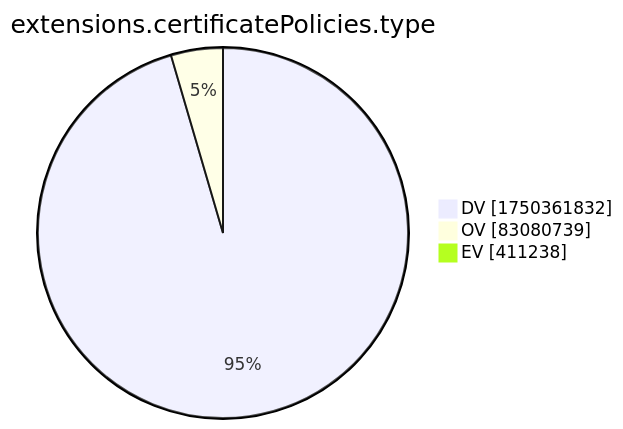
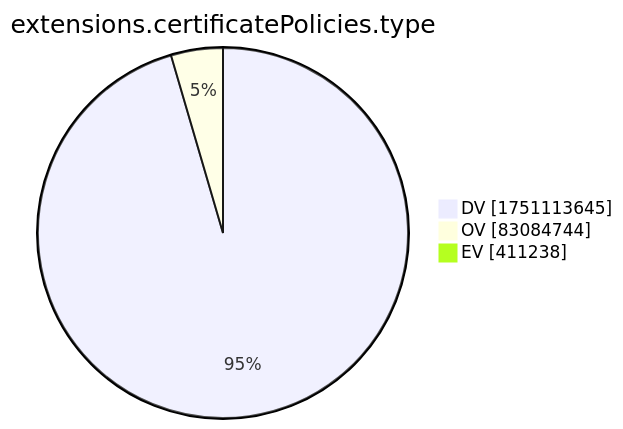
The tenth of 15 diagrams in xenon2022/README.md (christiankrug/ctmonitor_visualization), drawn with Mermaid before and after one commit. The commit also changed other lines of this file, not shown here.

````diff
--- a/xenon2022/README.md
+++ b/xenon2022/README.md
@@ -2881,7 +2881,7 @@
 ```mermaid
 pie showData
 title extensions.certificatePolicies.type
-"DV" :1750361832
-"OV" :83080739
+"DV" :1751113645
+"OV" :83084744
 "EV" :411238
 ```
````
